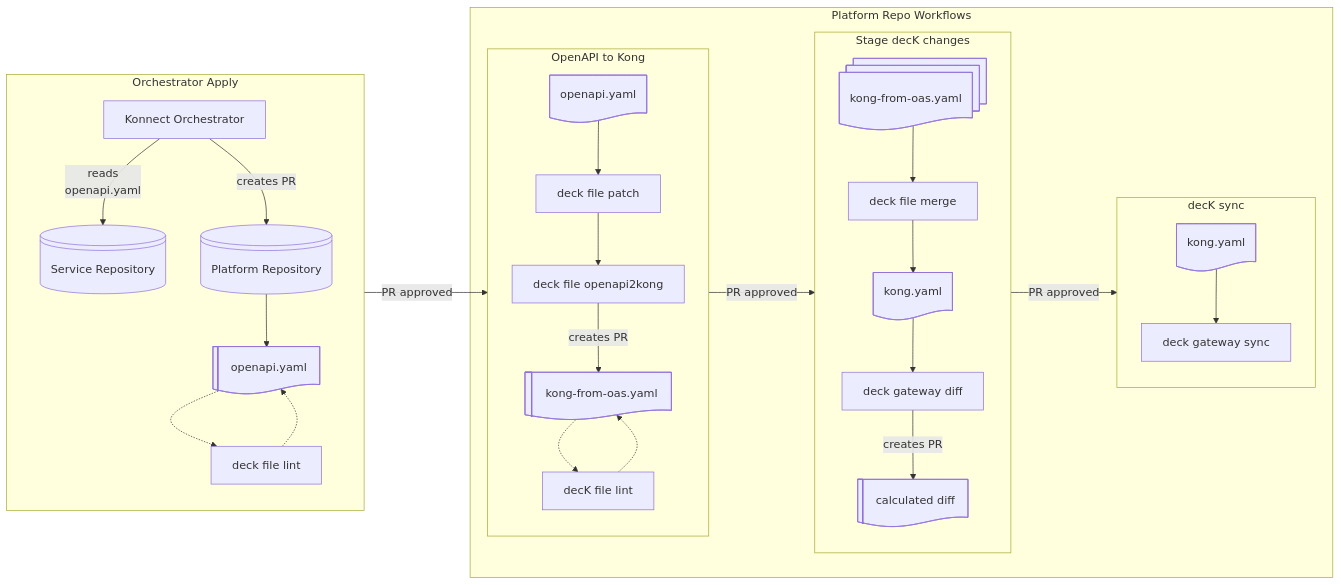
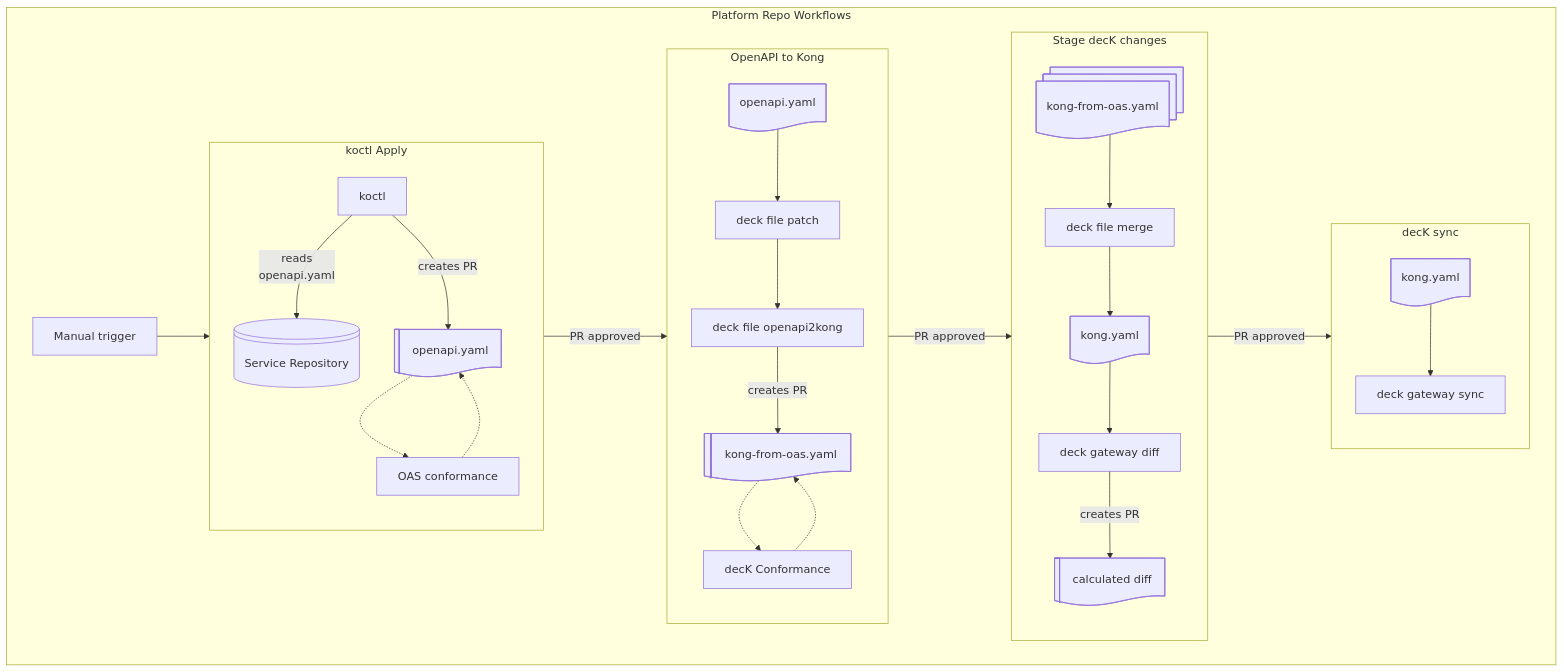
One commit to Kong/developer.konghq.com changed the diagram in app/konnect-reference-platform/apiops.md. Above: the diagram before and after it, drawn with Mermaid. The commit also changed other lines of this file, not shown here.

Commit message:
Fix: KRP Fix for apiops diagram

```diff
--- a/app/konnect-reference-platform/apiops.md
+++ b/app/konnect-reference-platform/apiops.md
@@ -84,46 +84,46 @@
 {% mermaid %}
 flowchart LR
 
-subgraph Apply[Orchestrator Apply]
-    direction TB
-    a-o[Konnect Orchestrator]
+subgraph PlatformRepo[Platform Repo Workflows]
+    direction LR
+    manual[Manual trigger] --> Apply
+
+subgraph Apply[koctl Apply]
+    a-o[koctl]
     a-s@{ shape: lin-cyl, label: "Service Repository"} 
     a-o -- "reads<br>openapi.yaml" --> a-s
-    a-o -- "creates PR" --> a-p-r@{ shape: lin-cyl, label: "Platform Repository"}
-    a-p-r --> a-f@{ shape: lin-doc, label: "openapi.yaml"}
-    a-l@{ shape: rect, label: "deck file lint" } -.-> a-f -.-> a-l 
+    a-o -- "creates PR" --> a-f@{ shape: lin-doc, label: "openapi.yaml"}
+    a-l@{ shape: rect, label: "OAS conformance" } -.-> a-f -.-> a-l 
 end
-
-subgraph PlatformRepo[Platform Repo Workflows]
 
 subgraph SpecToDeck["OpenAPI to Kong"]
     direction TB
     std-f@{ shape: doc, label: "openapi.yaml"} 
     std-f --> std-w@{ shape: rect, label: "deck file patch"}
     std-w --> std-w2@{ shape: rect, label: "deck file openapi2kong"}
     std-w2 -- "creates PR" --> std-pr@{ shape: lin-doc, label: "kong-from-oas.yaml"}
-    lint@{ shape: rect, label: "decK file lint" } -.-> std-pr -.-> lint
+    lint@{ shape: rect, label: "decK Conformance" } -.-> std-pr -.-> lint
 end
 
 subgraph StageDeckChange["Stage decK changes"]
     direction TB
     sdc-f@{shape: docs, label: "kong-from-oas.yaml"}
     sdc-f --> sdc-w@{ shape: rect, label: "deck file merge"}
     sdc-w --> sdc-f2@{ shape: doc, label: "kong.yaml"}
     sdc-f2 --> sdc-w2@{ shape: rect, label: "deck gateway diff"}
     sdc-w2 -- "creates PR" --> sdc-pr@{ shape: lin-doc, label: "calculated diff"}
 end
 
 subgraph ApplyDeckChange["decK sync"]
     direction TB
     adc-f@{ shape: doc, label: "kong.yaml"}
     adc-f --> adc-w@{ shape: rect, label: "deck gateway sync"}
 end
 
 end
 
 Apply -- "PR approved" --> SpecToDeck
 SpecToDeck -- "PR approved" --> StageDeckChange
 StageDeckChange -- "PR approved" --> ApplyDeckChange
 
 {% endmermaid %}
```
